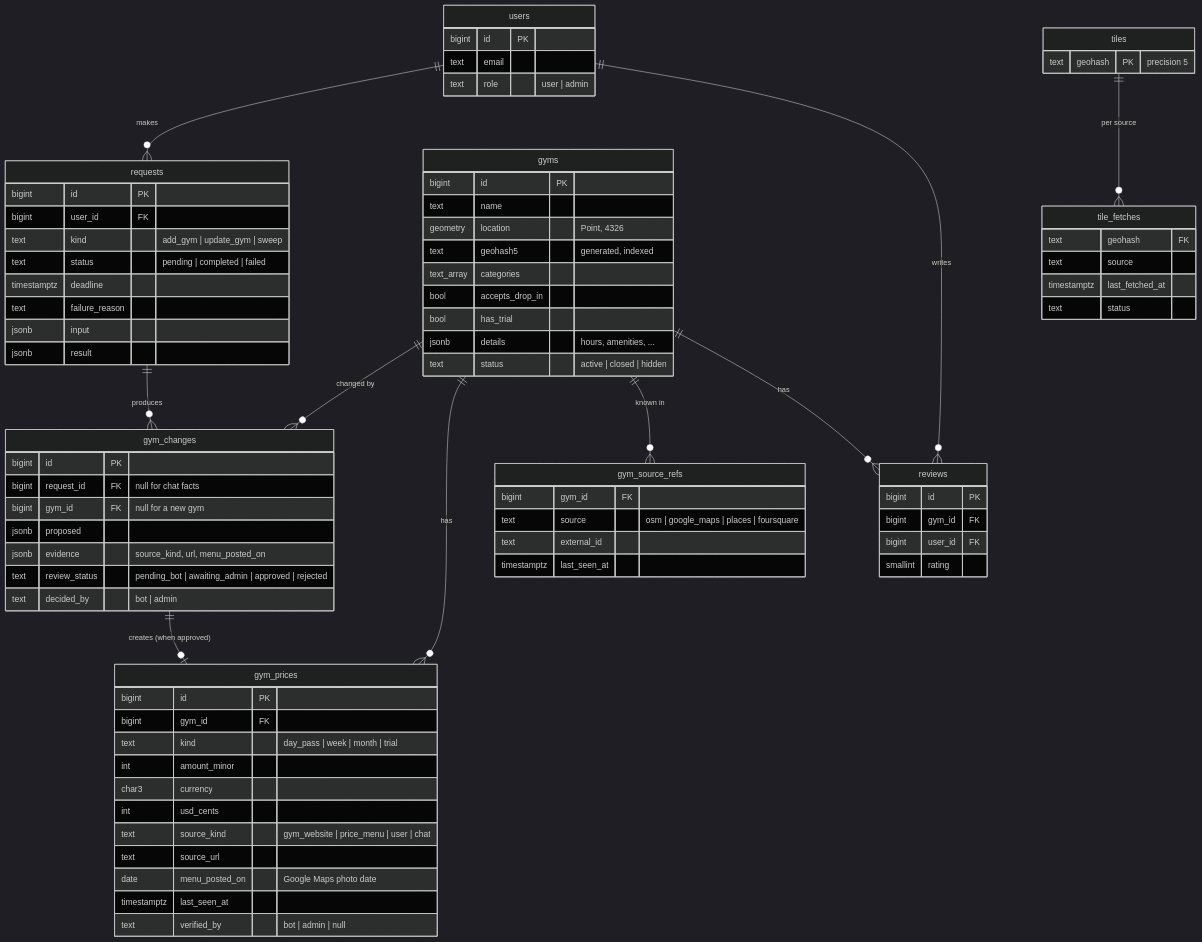
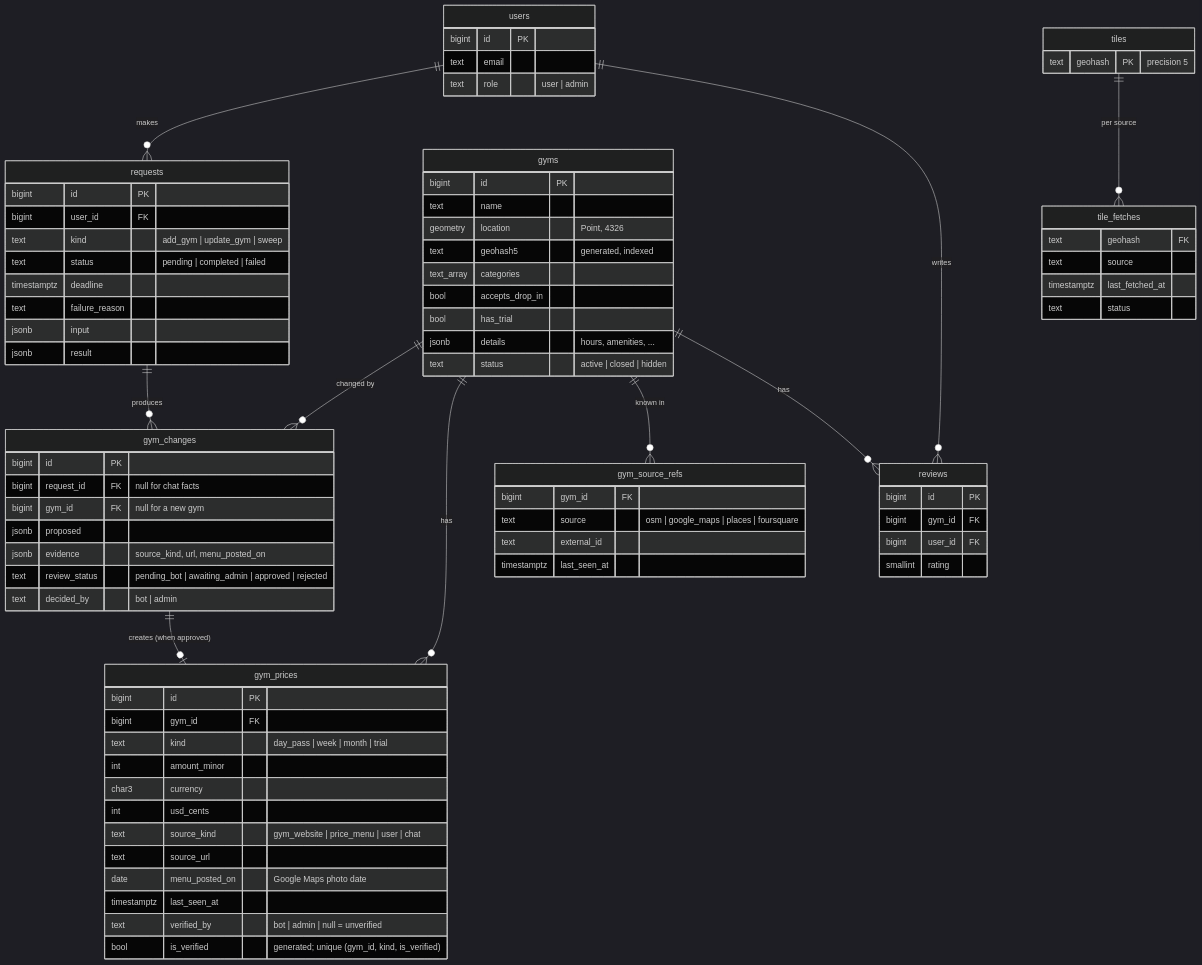
One commit to AbsentLung/TravelApp changed the fourth of 8 diagrams in STACK_AND_SCHEMA.md. Above: the diagram before and after it, drawn with Mermaid (dark theme). The commit also changed other lines of this file and 2 other files, not shown here.

First line of the commit message:
Store unverified prices alongside verified ones

```diff
--- a/STACK_AND_SCHEMA.md
+++ b/STACK_AND_SCHEMA.md
@@ -272,7 +272,8 @@
         text source_url
         date menu_posted_on "Google Maps photo date"
         timestamptz last_seen_at
-        text verified_by "bot | admin | null"
+        text verified_by "bot | admin | null = unverified"
+        bool is_verified "generated; unique (gym_id, kind, is_verified)"
     }
     gym_source_refs {
         bigint gym_id FK
```
